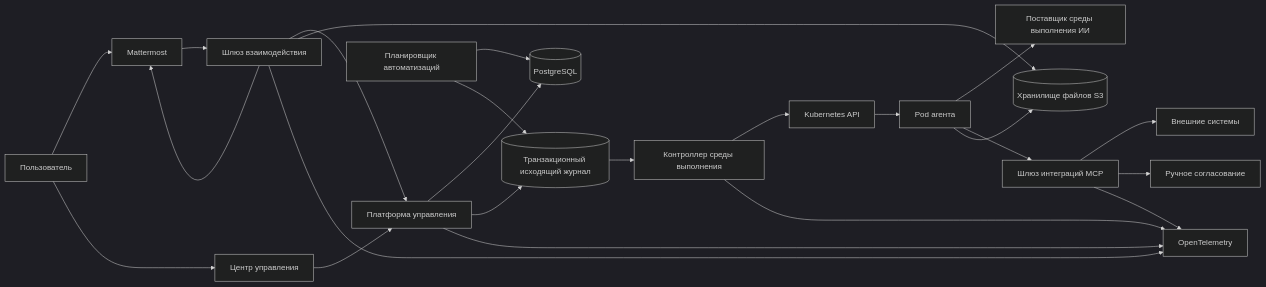
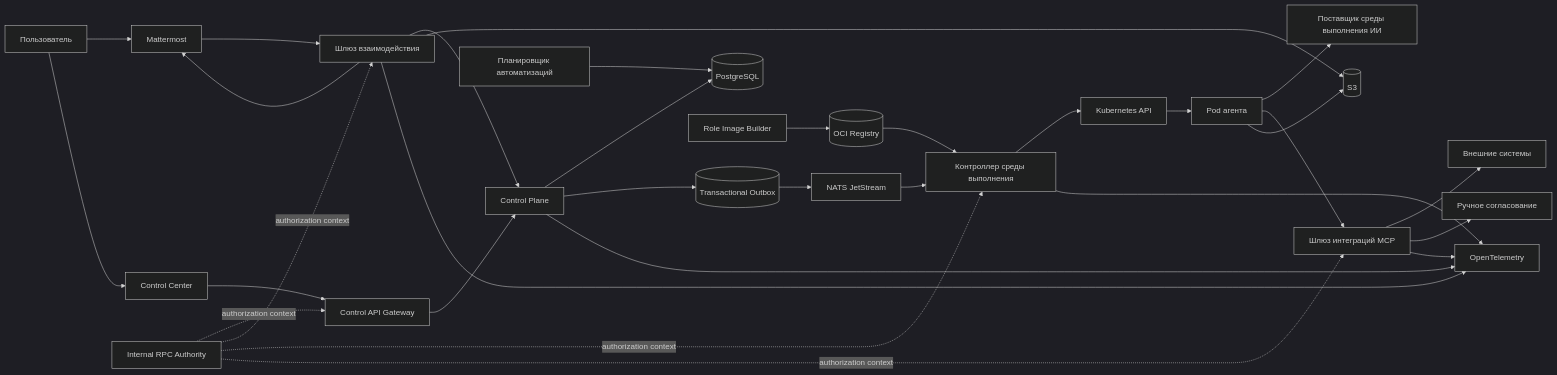
The diagram in docs/architecture/high-level-architecture.md (codex-k8s/kodex), drawn with Mermaid (dark theme) before and after one commit. The commit also changed other lines of this file and 64 other files, not shown here.

````diff
--- a/docs/architecture/high-level-architecture.md
+++ b/docs/architecture/high-level-architecture.md
@@ -13,26 +13,33 @@
 ```mermaid
 flowchart LR
     U[Пользователь] --> MM[Mattermost]
-    U --> CC[Центр управления]
+    U --> CC[Control Center]
     MM --> IG[Шлюз взаимодействия]
-    CC --> CP[Платформа управления]
+    CC --> CAG[Control API Gateway]
+    CAG --> CP[Control Plane]
     IG --> CP
+    IRA[Internal RPC Authority] -. authorization context .-> CAG
+    IRA -. authorization context .-> IG
+    IRA -. authorization context .-> RC
+    IRA -. authorization context .-> MG
     CP --> PG[(PostgreSQL)]
-    CP --> OB[(Транзакционный исходящий журнал)]
+    CP --> OB[(Transactional Outbox)]
+    OB --> NATS[NATS JetStream]
     AS[Планировщик автоматизаций] --> PG
-    AS --> OB
-    OB --> RC[Контроллер среды выполнения]
+    NATS --> RC[Контроллер среды выполнения]
     RC --> K8S[Kubernetes API]
     K8S --> AR[Pod агента]
     AR --> AI[Поставщик среды выполнения ИИ]
     AR --> MG[Шлюз интеграций MCP]
     MG --> EXT[Внешние системы]
     MG --> AP[Ручное согласование]
-    AR --> S3[(Хранилище файлов S3)]
+    AR --> S3[(S3)]
     IG --> S3
     IG --> MM
+    RIB[Role Image Builder] --> REG[(OCI Registry)]
+    REG --> RC
     CP --> OT[OpenTelemetry]
     IG --> OT
     RC --> OT
     MG --> OT
 ```
````
